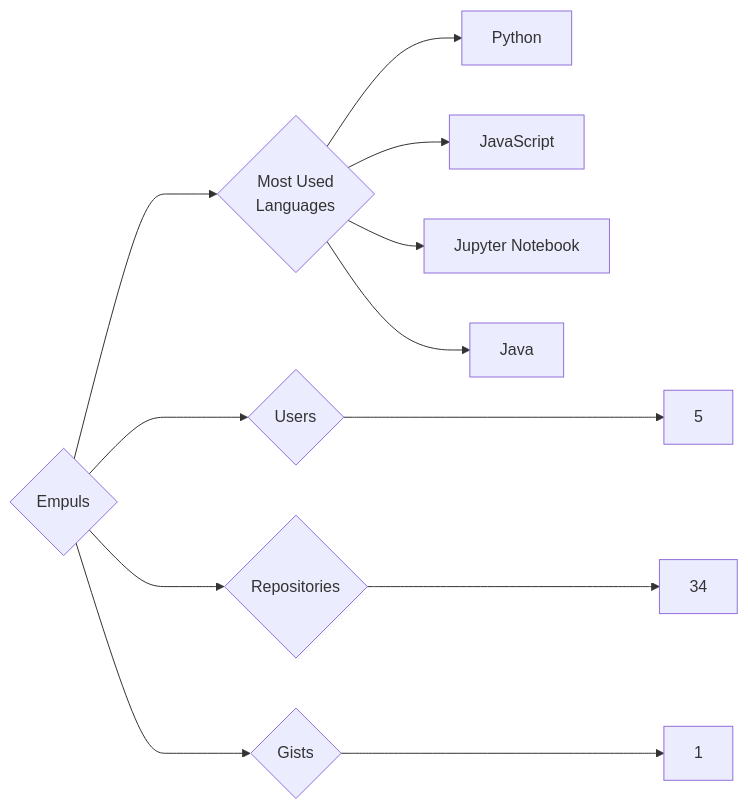
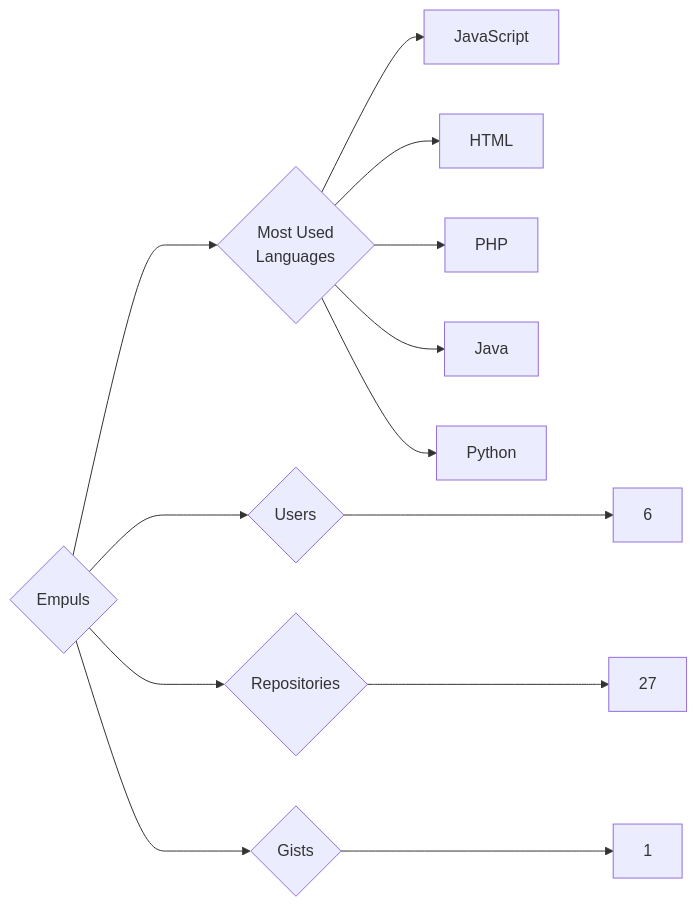
The diagram in targets/Empuls/README.md (trickest/insiders), drawn with Mermaid before and after one commit. The commit also changed 1238 other files, not shown here.

````diff
--- a/targets/Empuls/README.md
+++ b/targets/Empuls/README.md
@@ -3,12 +3,13 @@
 ```mermaid
 graph LR
 COMPANY_NAME{Empuls}
-COMPANY_NAME ---> U{Users} ---> UN[5]
-COMPANY_NAME ---> R{Repositories} ---> RN[34]
+COMPANY_NAME ---> U{Users} ---> UN[6]
+COMPANY_NAME ---> R{Repositories} ---> RN[27]
 COMPANY_NAME ---> G{Gists} ---> GN[1]
 COMPANY_NAME ---> ML{Most Used<br>Languages}
+ML --> JavaScript[JavaScript]
+ML --> HTML[HTML]
+ML --> PHP[PHP]
+ML --> Java[Java]
 ML --> Python[Python]
-ML --> JavaScript[JavaScript]
-ML --> Jupyter_Notebook[Jupyter Notebook]
-ML --> Java[Java]
 ```
````
